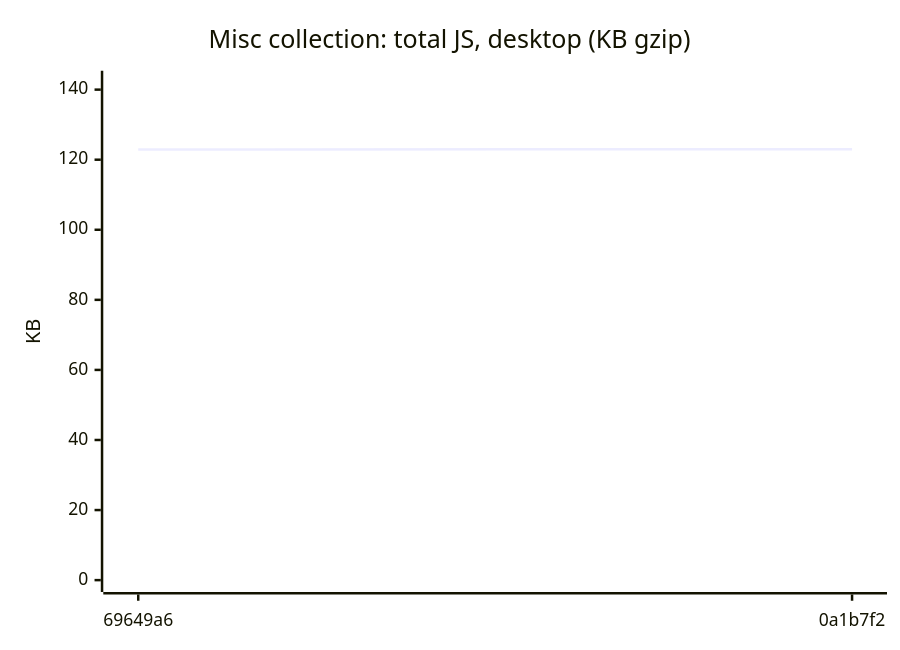
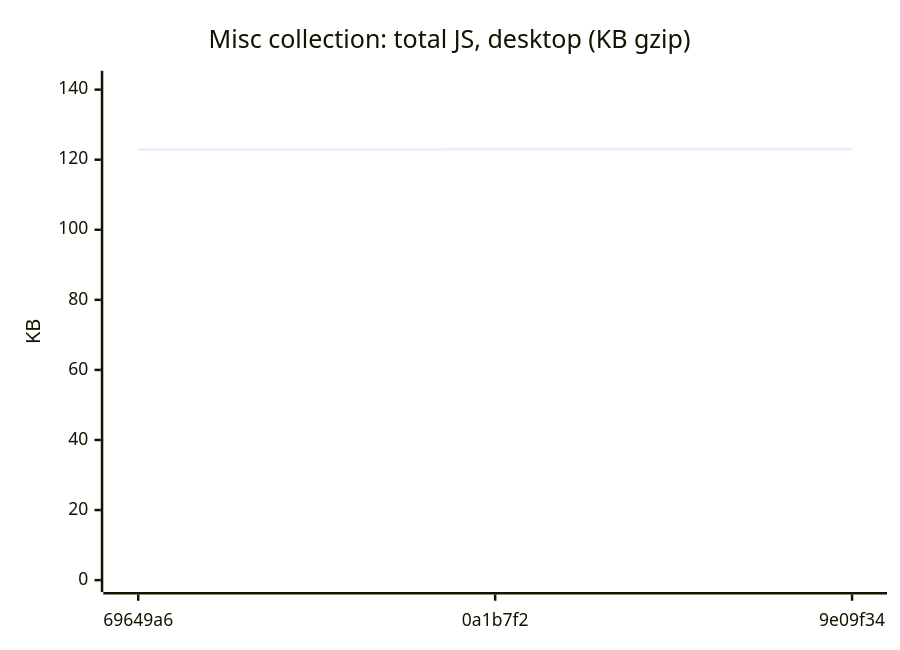
Before and after one commit to AxelUser/maltsev.space: the ninth of 18 diagrams in README.md, drawn with Mermaid. The commit also changed other lines of this file and 1 other file, not shown here.

````diff
--- a/README.md
+++ b/README.md
@@ -107,7 +107,7 @@
 ```mermaid
 xychart-beta
   title "Misc collection: total JS, desktop (KB gzip)"
-  x-axis ["69649a6", "0a1b7f2"]
+  x-axis ["69649a6", "0a1b7f2", "9e09f34"]
   y-axis "KB" 0 --> 142
-  line [122.9, 123]
+  line [122.9, 123, 123]
 ```
````
